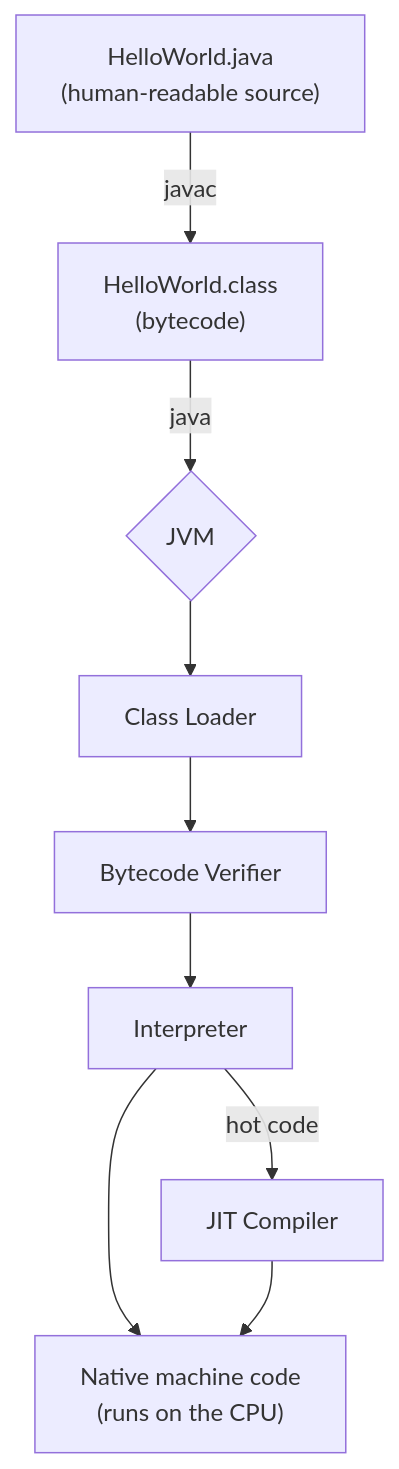
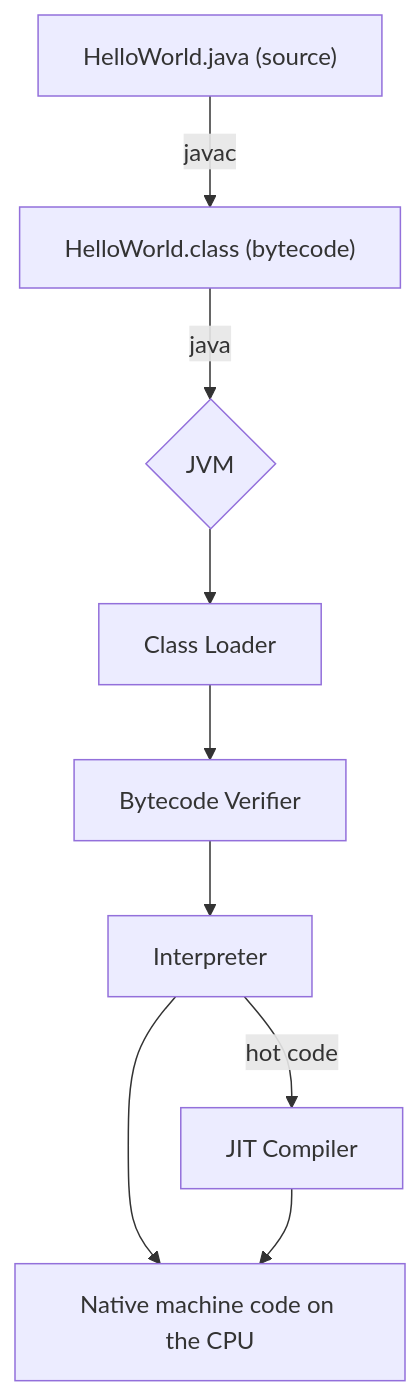
One commit to mohammad-mriesh-job/cortex changed the first of 2 diagrams in src/modules/java/content/01-getting-started/03-how-java-runs.md. Above: the diagram before and after it, drawn with Mermaid. The commit also changed other lines of this file and 257 other files, not shown here.

````diff
--- a/src/modules/java/content/01-getting-started/03-how-java-runs.md
+++ b/src/modules/java/content/01-getting-started/03-how-java-runs.md
@@ -17,11 +17,11 @@
 ```mermaid
 flowchart TD
-    A["HelloWorld.java<br/>(human-readable source)"] -->|javac| B["HelloWorld.class<br/>(bytecode)"]
+    A["HelloWorld.java (source)"] -->|javac| B["HelloWorld.class (bytecode)"]
     B -->|java| C{JVM}
     C --> D[Class Loader]
     D --> E[Bytecode Verifier]
     E --> F[Interpreter]
     F -->|hot code| G[JIT Compiler]
-    F --> H["Native machine code<br/>(runs on the CPU)"]
+    F --> H["Native machine code on the CPU"]
     G --> H
 ```
````
